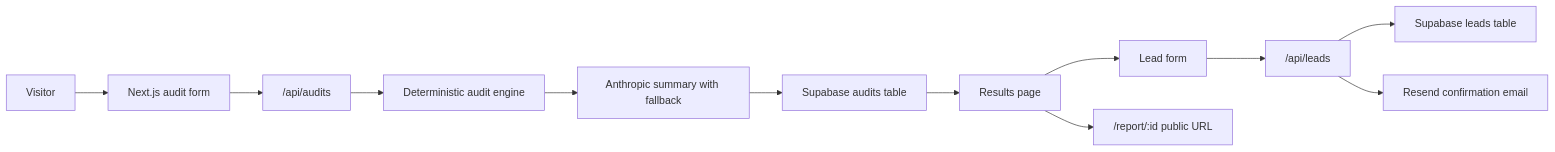
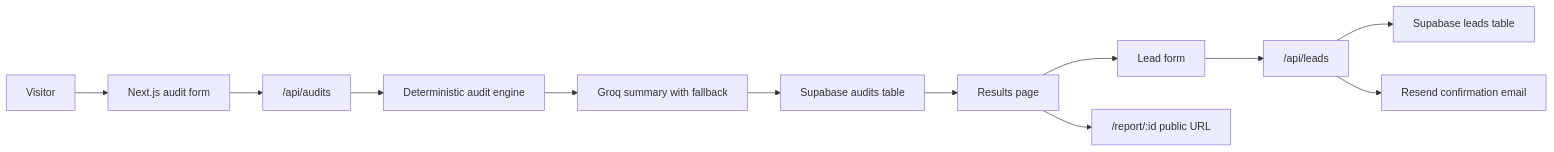
Before and after one commit to piyushkumar0707/CREDEX: the diagram in ARCHITECTURE.md, drawn with Mermaid. The commit also changed other lines of this file and 7 other files, not shown here.

````diff
--- a/ARCHITECTURE.md
+++ b/ARCHITECTURE.md
@@ -3,14 +3,14 @@
 ```mermaid
 flowchart LR
   A["Visitor"] --> B["Next.js audit form"]
   B --> C["/api/audits"]
   C --> D["Deterministic audit engine"]
-  D --> E["Anthropic summary with fallback"]
+  D --> E["Groq summary with fallback"]
   E --> F["Supabase audits table"]
   F --> G["Results page"]
   G --> H["Lead form"]
   H --> I["/api/leads"]
   I --> J["Supabase leads table"]
   I --> K["Resend confirmation email"]
   G --> L["/report/:id public URL"]
 ```
````
